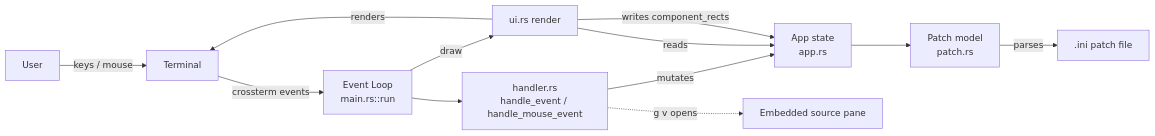
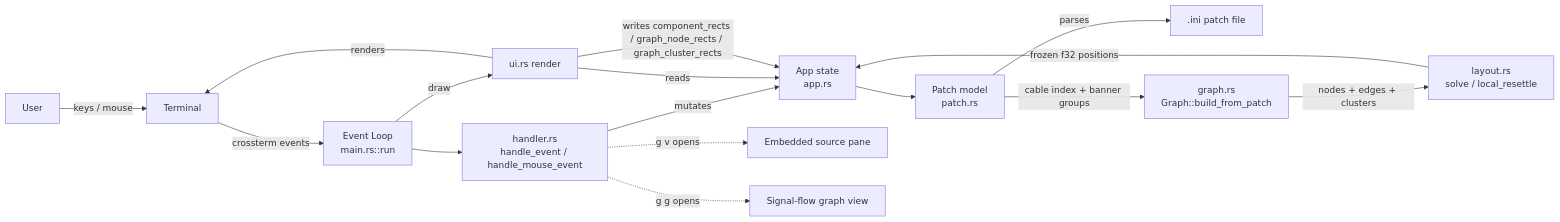
Before and after one commit to moonstruxx/droid-buddy: the first of 3 diagrams in ARCHITECTURE.md, drawn with Mermaid. The commit also changed other lines of this file and 2 other files, not shown here.

````diff
--- a/ARCHITECTURE.md
+++ b/ARCHITECTURE.md
@@ -42,14 +49,18 @@
 ```mermaid
 flowchart LR
     USER[User] -->|keys / mouse| TERM[Terminal]
     TERM -->|crossterm events| LOOP[Event Loop<br/>main.rs::run]
     LOOP --> HANDLER[handler.rs<br/>handle_event / handle_mouse_event]
     HANDLER -->|mutates| APP[App state<br/>app.rs]
     HANDLER -.->|g v opens| SOURCE[Embedded source pane]
+    HANDLER -.->|g g opens| GRAPH[Signal-flow graph view]
     APP --> PATCH[Patch model<br/>patch.rs]
     PATCH -->|parses| INI[.ini patch file]
+    PATCH -->|cable index + banner groups| GBUILD[graph.rs<br/>Graph::build_from_patch]
+    GBUILD -->|nodes + edges + clusters| SOLVE[layout.rs<br/>solve / local_resettle]
+    SOLVE -->|frozen f32 positions| APP
     LOOP -->|draw| UI[ui.rs render]
     UI -->|reads| APP
-    UI -->|writes component_rects| APP
+    UI -->|writes component_rects / graph_node_rects / graph_cluster_rects| APP
     UI -->|renders| TERM
 ```
````
